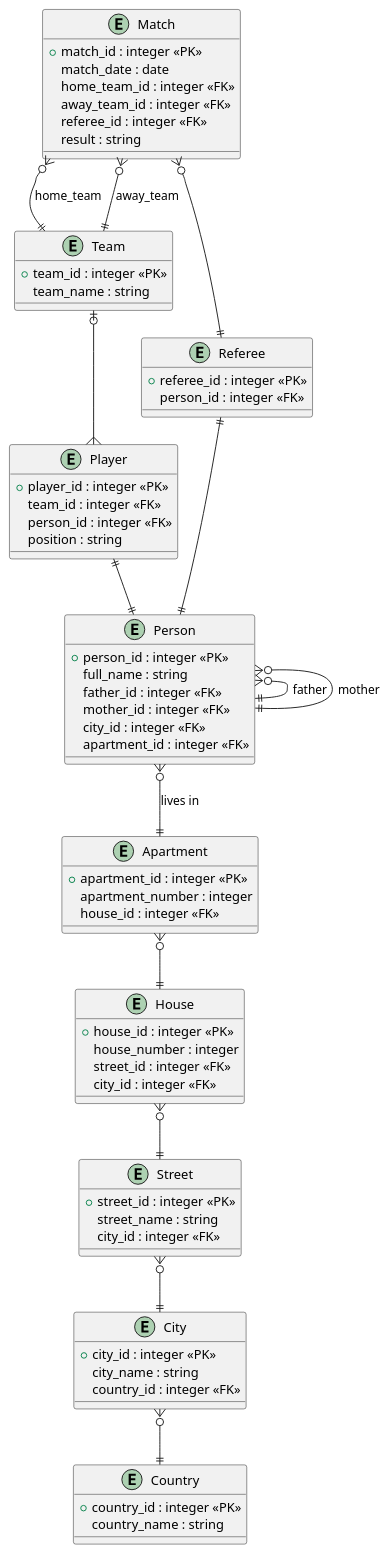
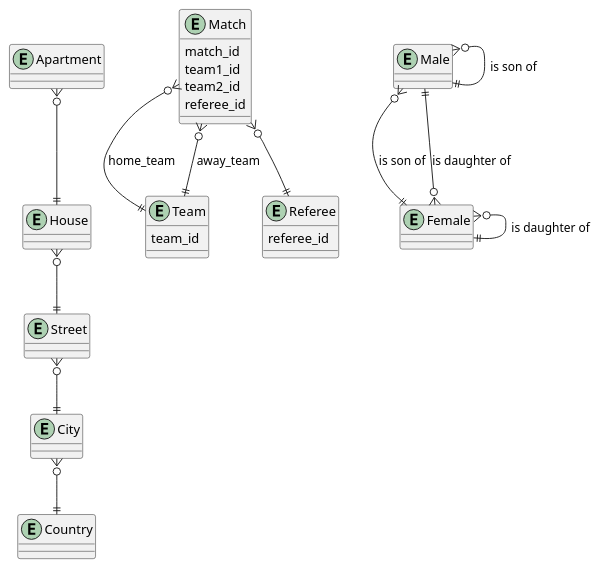
One commit to aspisov/Courses changed the diagram in hse_databases/HW2/2.plantuml. Above: the diagram before and after it, drawn with PlantUML. The commit also changed 9 other files, not shown here.

```diff
--- a/hse_databases/HW2/2.plantuml
+++ b/hse_databases/HW2/2.plantuml
@@ -1,83 +1,56 @@
 @startuml Location and Relationships
 entity "Apartment" {
-  +apartment_id : integer <<PK>>
-  apartment_number : integer
-  house_id : integer <<FK>>
+
 }
 
 entity "House" {
-  +house_id : integer <<PK>>
-  house_number : integer
-  street_id : integer <<FK>>
-  city_id : integer <<FK>>
 }
 
 entity "Street" {
-  +street_id : integer <<PK>>
-  street_name : string
-  city_id : integer <<FK>>
+
 }
 
 entity "City" {
-  +city_id : integer <<PK>>
-  city_name : string
-  country_id : integer <<FK>>
+
 }
 
 entity "Country" {
-  +country_id : integer <<PK>>
-  country_name : string
+
 }
 
 entity "Team" {
-  +team_id : integer <<PK>>
-  team_name : string
+  team_id
 }
 
 entity "Referee" {
-    +referee_id : integer <<PK>>
-    person_id : integer <<FK>>
-}
-
-entity "Player" {
-  +player_id : integer <<PK>>
-  team_id : integer <<FK>>
-  person_id : integer <<FK>>
-  position : string
+    referee_id
 }
 
 entity "Match" {
-  +match_id : integer <<PK>>
-  match_date : date
-  home_team_id : integer <<FK>>
-  away_team_id : integer <<FK>>
-  referee_id : integer <<FK>>
-  result : string
+  match_id
+  team1_id
+  team2_id
+  referee_id
 }
 
-entity "Person" {
-  +person_id : integer <<PK>>
-  full_name : string
-  father_id : integer <<FK>>
-  mother_id : integer <<FK>>
-  city_id : integer <<FK>>
-  apartment_id : integer <<FK>>
+entity Male {
+}
+
+entity Female {
 }
 
 Apartment }o--|| House
 House }o--|| Street
 Street }o--|| City
 City }o--|| Country
 
-Person }o--|| Person : father
-Person }o--|| Person : mother
-Person }o--|| Apartment : lives in
-
 Match }o--|| Team : home_team
 Match }o--|| Team : away_team
 Match }o--|| Referee
-Team |o--{ Player
-Player ||--|| Person
-Referee ||--|| Person
+
+Male }o--|| Male : is son of
+Male }o--|| Female : is son of
+Female }o--|| Male : is daughter of
+Female }o--|| Female : is daughter of
 
 @enduml
```
